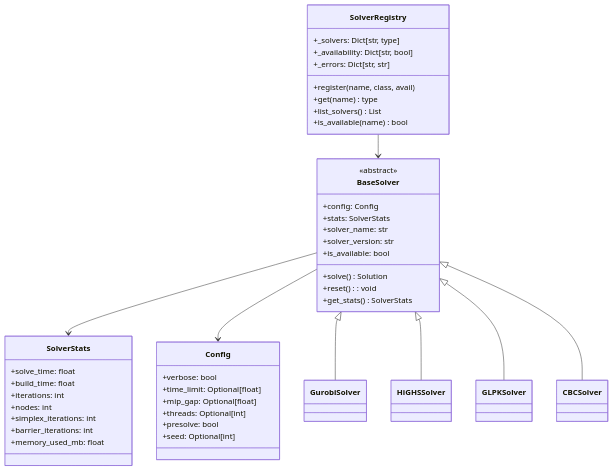
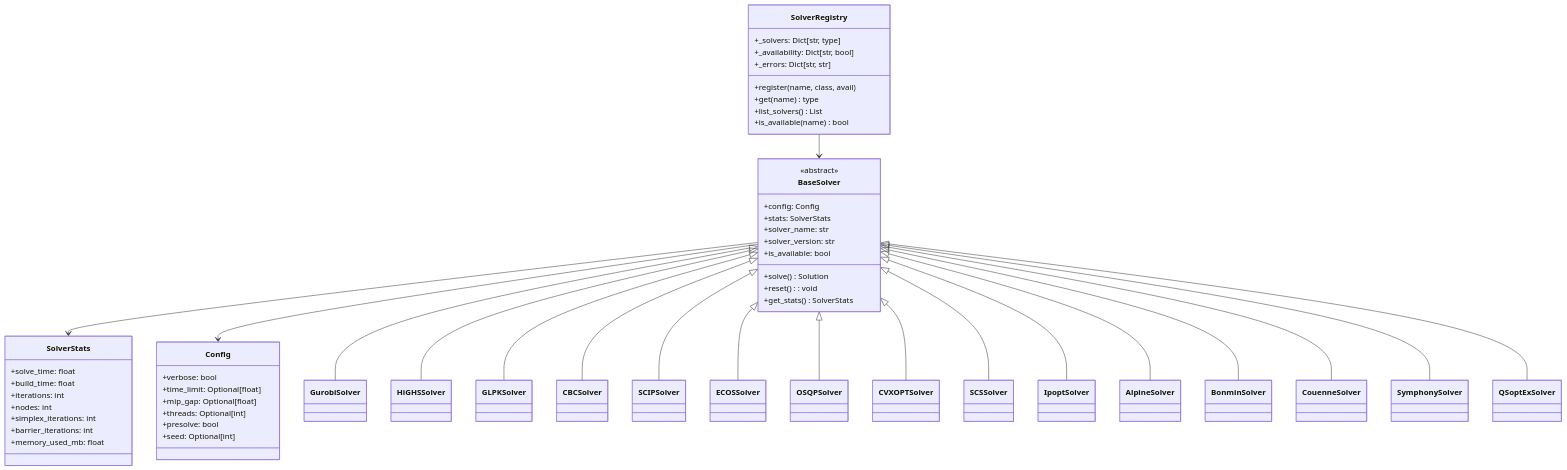
One commit to Oyhs-co/ISLA-LP-Benchmark changed the tenth of 35 diagrams in README.md. Above: the diagram before and after it, drawn with Mermaid. The commit also changed other lines of this file and 7 other files, not shown here.

````diff
--- a/README.md
+++ b/README.md
@@ -1024,51 +1137,62 @@
 ```mermaid
 classDiagram
     class BaseSolver {
         <<abstract>>
         +config: Config
         +stats: SolverStats
         +solver_name: str
         +solver_version: str
         +is_available: bool
         +solve() Solution
         +reset(): void
         +get_stats() SolverStats
     }
     
     class SolverStats {
         +solve_time: float
         +build_time: float
         +iterations: int
         +nodes: int
         +simplex_iterations: int
         +barrier_iterations: int
         +memory_used_mb: float
     }
     
     class SolverRegistry {
         +_solvers: Dict[str, type]
         +_availability: Dict[str, bool]
         +_errors: Dict[str, str]
         +register(name, class, avail)
         +get(name) type
         +list_solvers() List
         +is_available(name) bool
     }
     
     class Config {
         +verbose: bool
         +time_limit: Optional[float]
         +mip_gap: Optional[float]
         +threads: Optional[int]
         +presolve: bool
         +seed: Optional[int]
     }
     
     BaseSolver --> SolverStats
     BaseSolver --> Config
     BaseSolver <|-- GurobiSolver
     BaseSolver <|-- HiGHSSolver
     BaseSolver <|-- GLPKSolver
     BaseSolver <|-- CBCSolver
+    BaseSolver <|-- SCIPSolver
+    BaseSolver <|-- ECOSSolver
+    BaseSolver <|-- OSQPSolver
+    BaseSolver <|-- CVXOPTSolver
+    BaseSolver <|-- SCSSolver
+    BaseSolver <|-- IpoptSolver
+    BaseSolver <|-- AlpineSolver
+    BaseSolver <|-- BonminSolver
+    BaseSolver <|-- CouenneSolver
+    BaseSolver <|-- SymphonySolver
+    BaseSolver <|-- QSoptExSolver
     SolverRegistry --> BaseSolver
 ```
````
